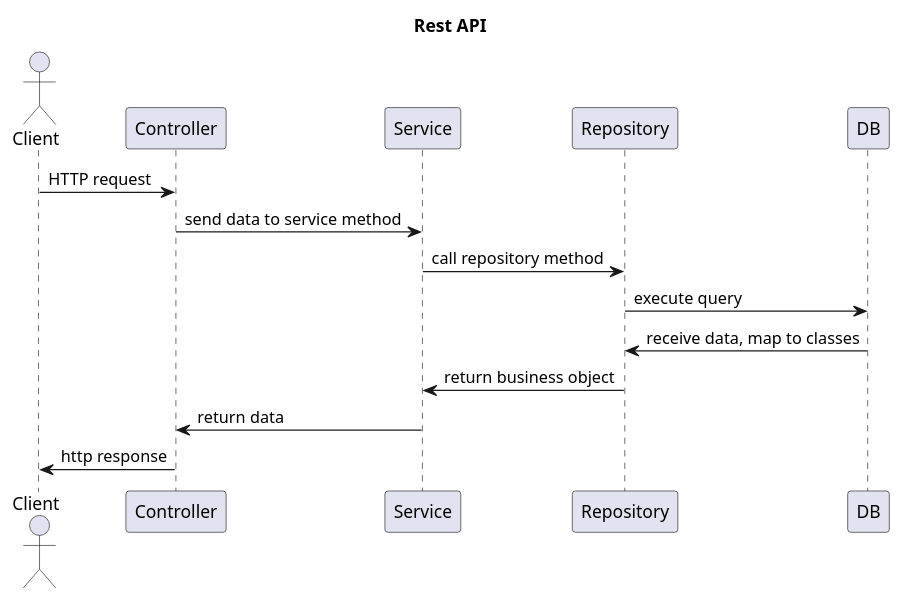
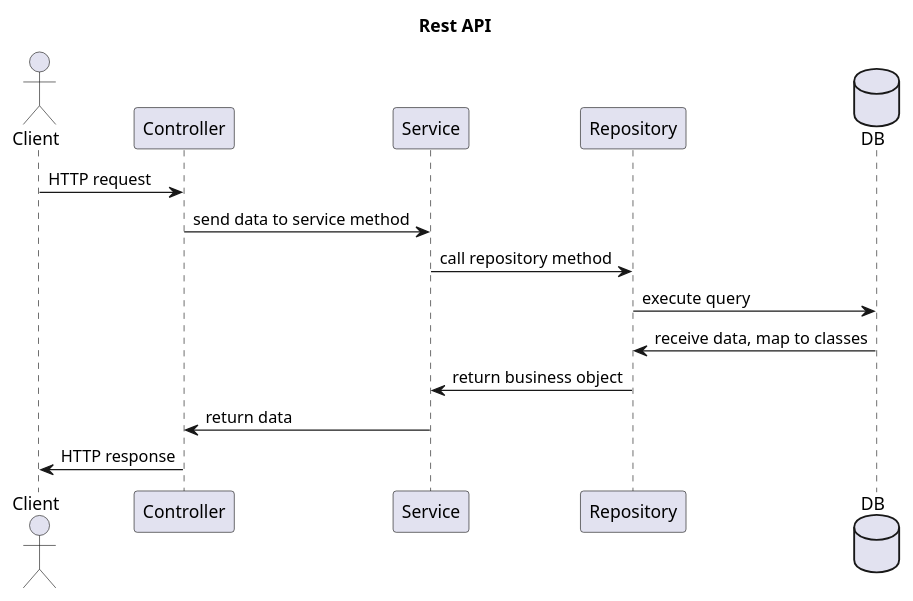
The diagram in uml/rest-api.puml (bassmake/candidate-assignment), drawn with PlantUML before and after one commit. The commit also changed 2 other files, not shown here.

Commit message:
adjusted UML diagrams

```diff
--- a/uml/rest-api.puml
+++ b/uml/rest-api.puml
@@ -1,20 +1,20 @@
 @startuml
 
-title "Rest API"
+title Rest API
 
 actor Client as u
 participant Controller as c
 participant Service as s
 participant Repository as r
-participant DB as db
+database DB as db
 
 u -> c: HTTP request
 c -> s: send data to service method
 s -> r: call repository method
 r -> db: execute query
 db -> r: receive data, map to classes
 r -> s: return business object
 s -> c: return data
-c -> u: http response
+c -> u: HTTP response
 
 @enduml
```
